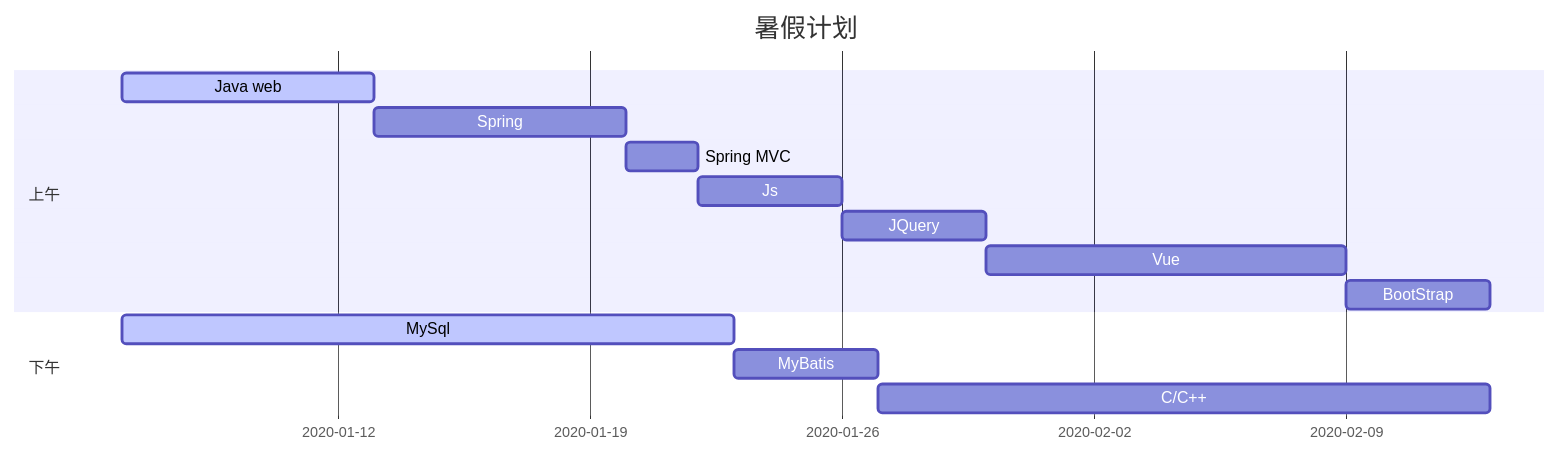
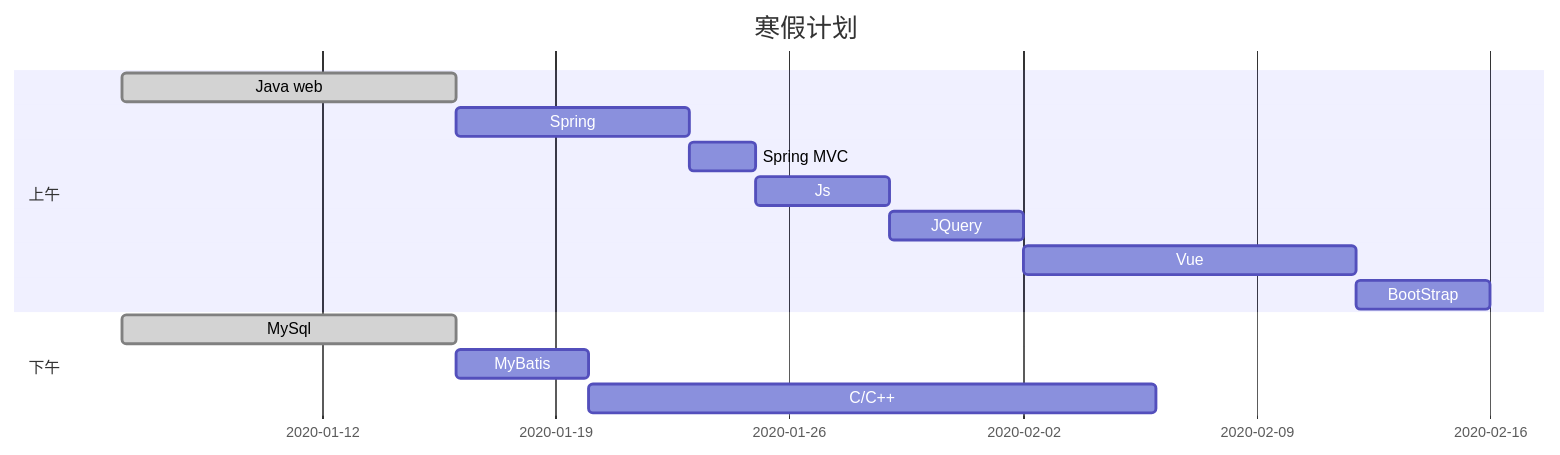
The diagram in 总结计划/vacation plan.md (xiaochen0517/markdown), drawn with Mermaid before and after one commit. The commit also changed 18 other files, not shown here.

````diff
--- a/总结计划/vacation plan.md
+++ b/总结计划/vacation plan.md
@@ -1,17 +1,17 @@
 ```mermaid
 gantt
 	dateFormat MM-DD
-	 title 暑假计划
+	 title 寒假计划
         section 上午
-        Java web:active,des11, 01-06,7d
+        Java web:done,des11, 01-06,10d
         Spring:des12, after des11, 7d
         Spring MVC:des13, after des12, 2d
         Js:des14, after des13,4d
         JQuery:des15,after des14,4d
         Vue:des16,after des15,10d
         BootStrap:des17, after des16, 4d
         section 下午
-        MySql:active,des21, 01-06, 17d
+        MySql:done,des21, 01-06,10d
         MyBatis:des22, after des21, 4d
         C/C++:des23,after des22,17d
 ```
````
